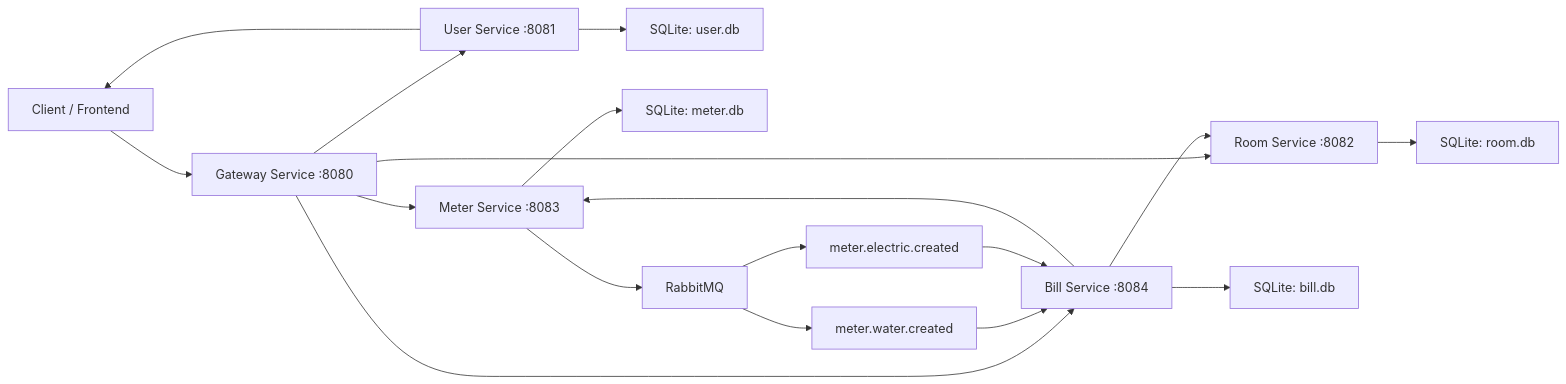
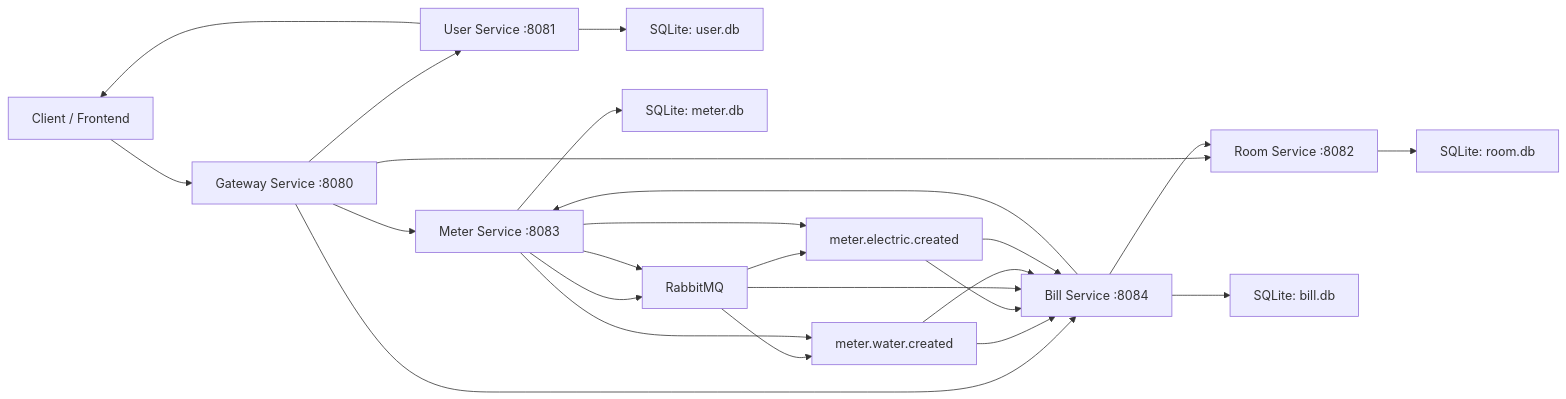
One commit to Ibetfinnz/MDD_Project changed the first of 3 diagrams in architecture.md. Above: the diagram before and after it, drawn with Mermaid. The commit also changed other lines of this file, not shown here.

Commit message:
Enhance architecture documentation with detailed MeterService and RabbitMQ interactions

````diff
--- a/architecture.md
+++ b/architecture.md
@@ -1,48 +1,58 @@
 ```mermaid
 graph LR
     C[Client / Frontend]
     GW[Gateway Service :8080]
 
     US[User Service :8081]
     RS[Room Service :8082]
     MS[Meter Service :8083]
     BS[Bill Service :8084]
 
     UDB[SQLite: user.db]
     RDB[SQLite: room.db]
     MDB[SQLite: meter.db]
     BDB[SQLite: bill.db]
 
     RQ[RabbitMQ]
     QW[meter.water.created]
     QE[meter.electric.created]
 
     %% Client -> Gateway
     C --> GW
 
     %% Gateway routing
     GW --> US
     GW --> RS
     GW --> MS
     GW --> BS
 
     %% Auth flow
     US --> C
 
     %% DB connections
     US --> UDB
     RS --> RDB
     MS --> MDB
     BS --> BDB
 
     %% Meter -> RabbitMQ -> Bill
     MS --> RQ
     RQ --> QW
     RQ --> QE
     QW --> BS
     QE --> BS
 
     %% Bill Service calling other services directly (service-to-service)
     BS --> RS
     BS --> MS
+
+    %% Meter Service -> RabbitMQ
+    MS --> RQ
+    MS --> QW
+    MS --> QE
+
+    %% RabbitMQ -> Bill Service
+    RQ --> BS
+    QW --> BS
+    QE --> BS
 ```
````
